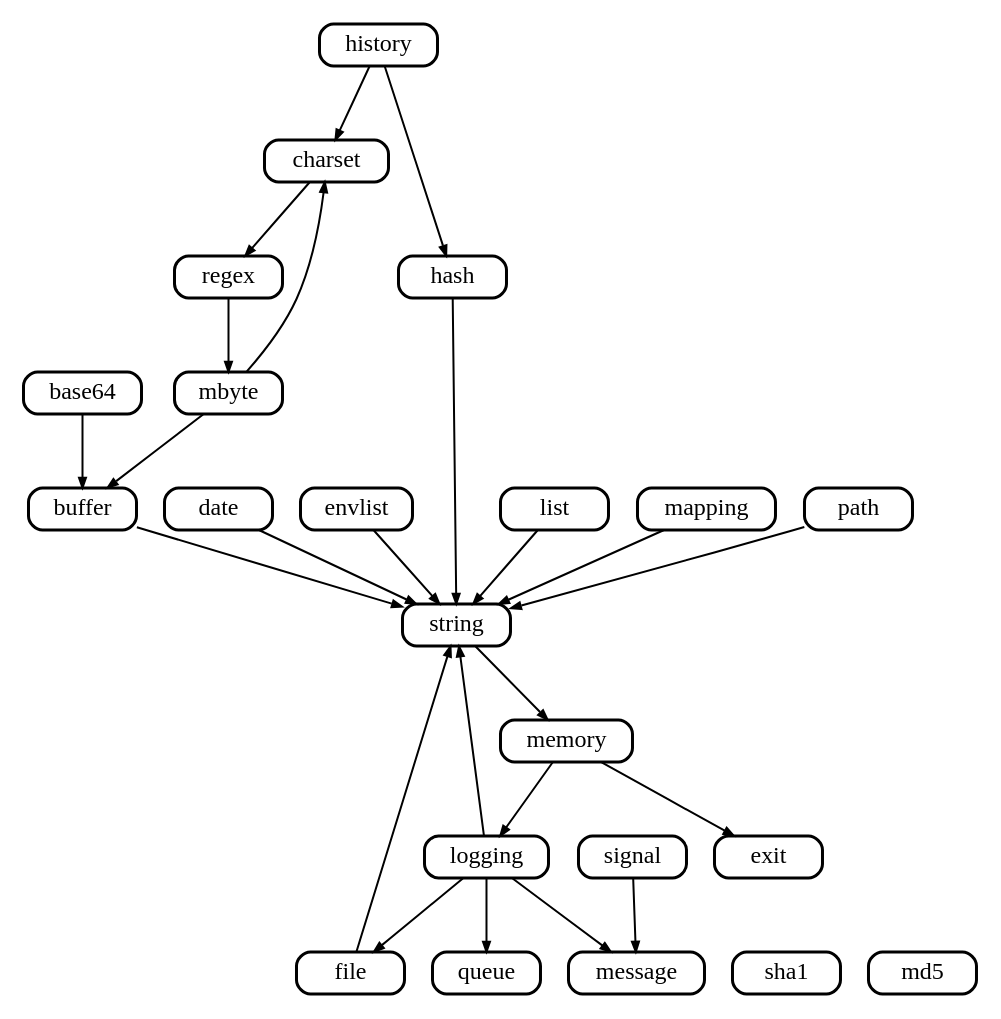
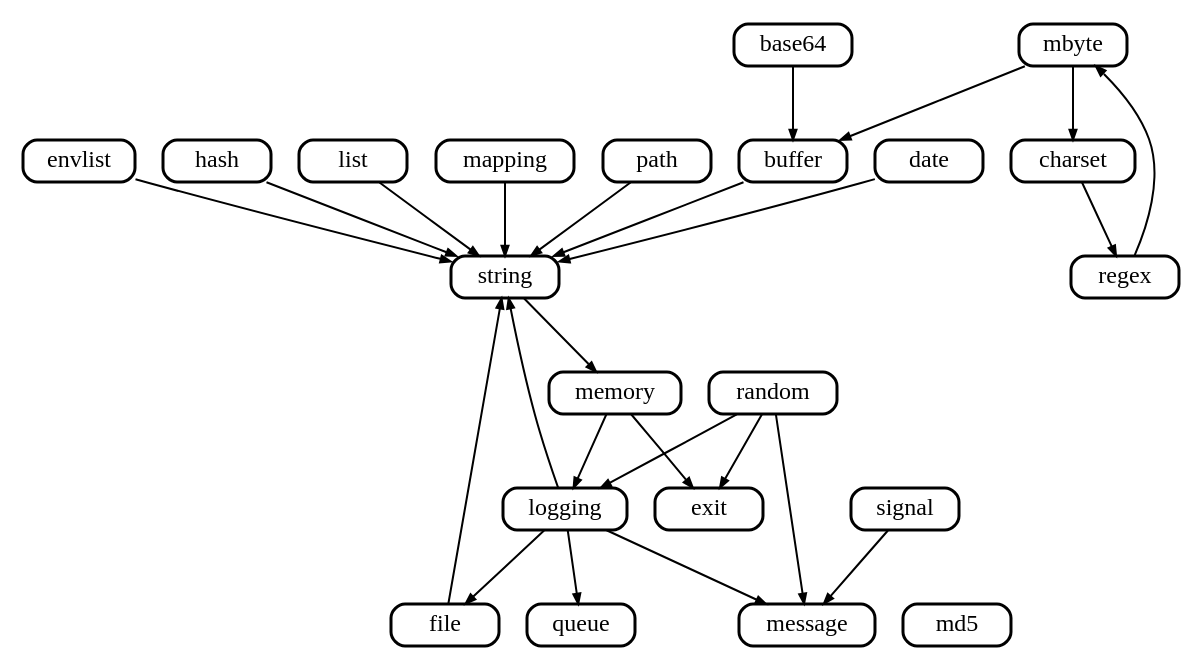
One commit to neomutt/gfx changed the diagram in arch/libmutt.gv. Above: the diagram before and after it, drawn with Graphviz. The commit also changed 1 other file, not shown here.

Commit message:
update libmutt diagram

```diff
--- a/arch/libmutt.gv
+++ b/arch/libmutt.gv
@@ -1,48 +1,49 @@
 digraph libmutt
 {
 	graph [
 		rankdir="TB"
 		nodesep="0.2"
 		ranksep="0.5"
 	]
 
 	node [
 		shape="Mrecord"
 		fontsize="12"
 		style="solid"
 		height="0.2"
 		penwidth="1.5"
 		color=black
 	]
 
 	edge [
 		penwidth="1.0"
 		arrowsize="0.5"
 	]
 
 	base64  -> buffer
 	buffer  -> string
 	charset -> regex
 	date    -> string
 	envlist -> string
 	file    -> string
 	hash    -> string
-	history -> charset
-	history -> hash
 	list    -> string
 	logging -> file
 	logging -> message
 	logging -> queue
 	logging -> string
 	mapping -> string
 	mbyte   -> buffer
 	mbyte   -> charset
 	memory  -> exit
 	memory  -> logging
 	path    -> string
+	random  -> exit
+	random  -> logging
+	random  -> message
 	regex   -> mbyte
 	signal  -> message
 	string  -> memory
 
-	{ rank=same file message queue sha1 md5 }
+	{ rank=same file message queue md5 }
 }
```
